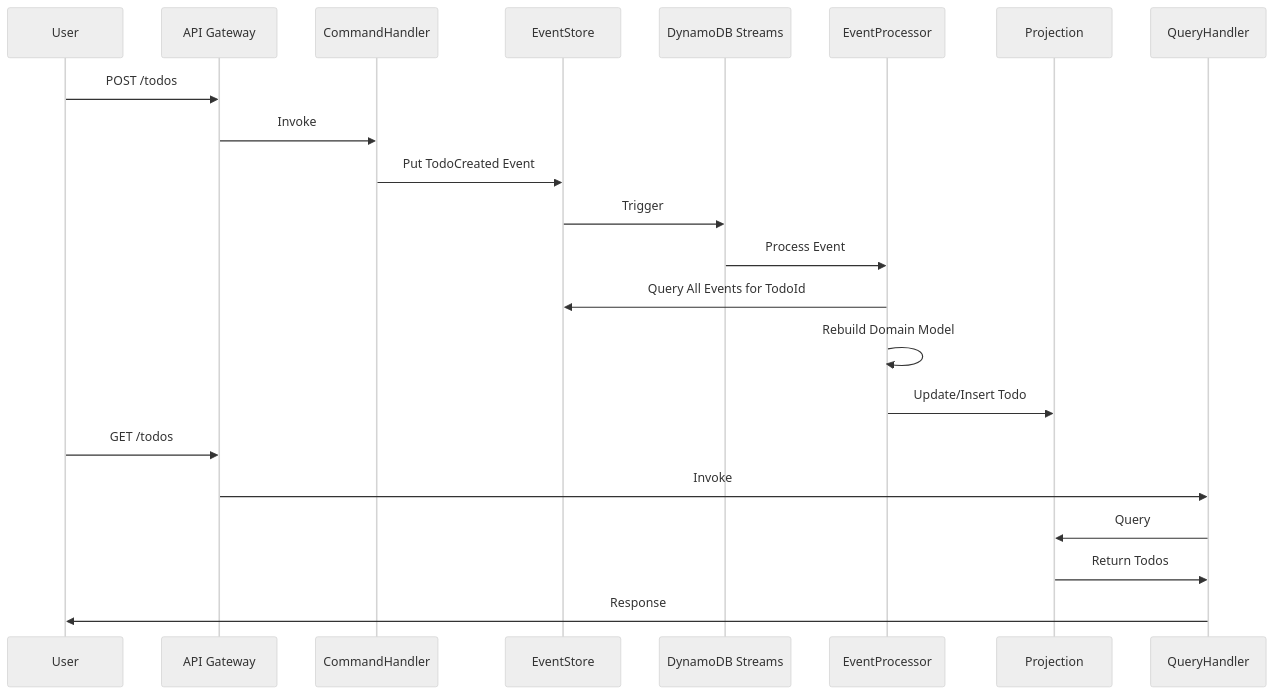
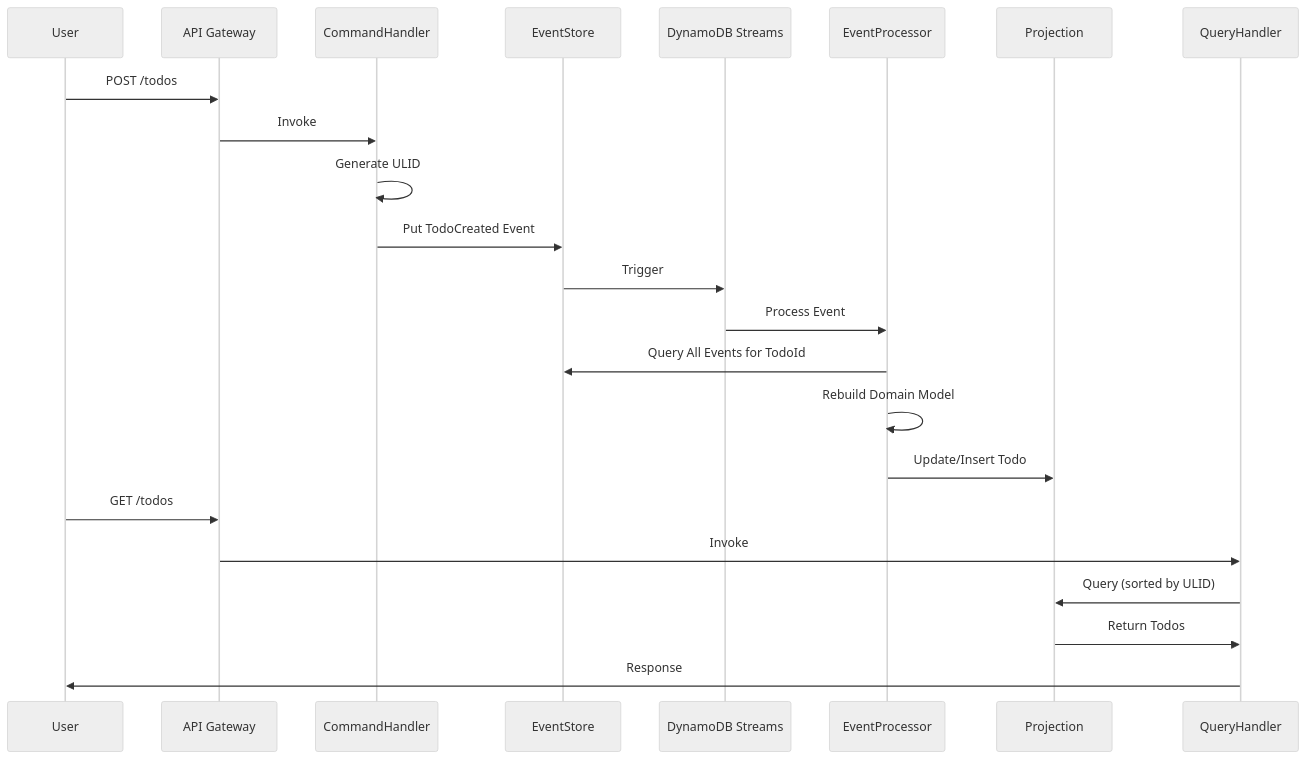
Before and after one commit to tkgakr/family-todo: the diagram in planning.md, drawn with Mermaid (neutral theme). The commit also changed other lines of this file, not shown here.

````diff
--- a/planning.md
+++ b/planning.md
@@ -120,26 +139,27 @@
 ```mermaid
 sequenceDiagram
     participant User
     participant API Gateway
     participant CommandHandler
     participant EventStore
     participant DynamoDB Streams
     participant EventProcessor
     participant Projection
     participant QueryHandler
 
     User->>API Gateway: POST /todos
     API Gateway->>CommandHandler: Invoke
+    CommandHandler->>CommandHandler: Generate ULID
     CommandHandler->>EventStore: Put TodoCreated Event
     EventStore->>DynamoDB Streams: Trigger
     DynamoDB Streams->>EventProcessor: Process Event
     EventProcessor->>EventStore: Query All Events for TodoId
     EventProcessor->>EventProcessor: Rebuild Domain Model
     EventProcessor->>Projection: Update/Insert Todo
 
     User->>API Gateway: GET /todos
     API Gateway->>QueryHandler: Invoke
-    QueryHandler->>Projection: Query
+    QueryHandler->>Projection: Query (sorted by ULID)
     Projection->>QueryHandler: Return Todos
     QueryHandler->>User: Response
 ```
````
